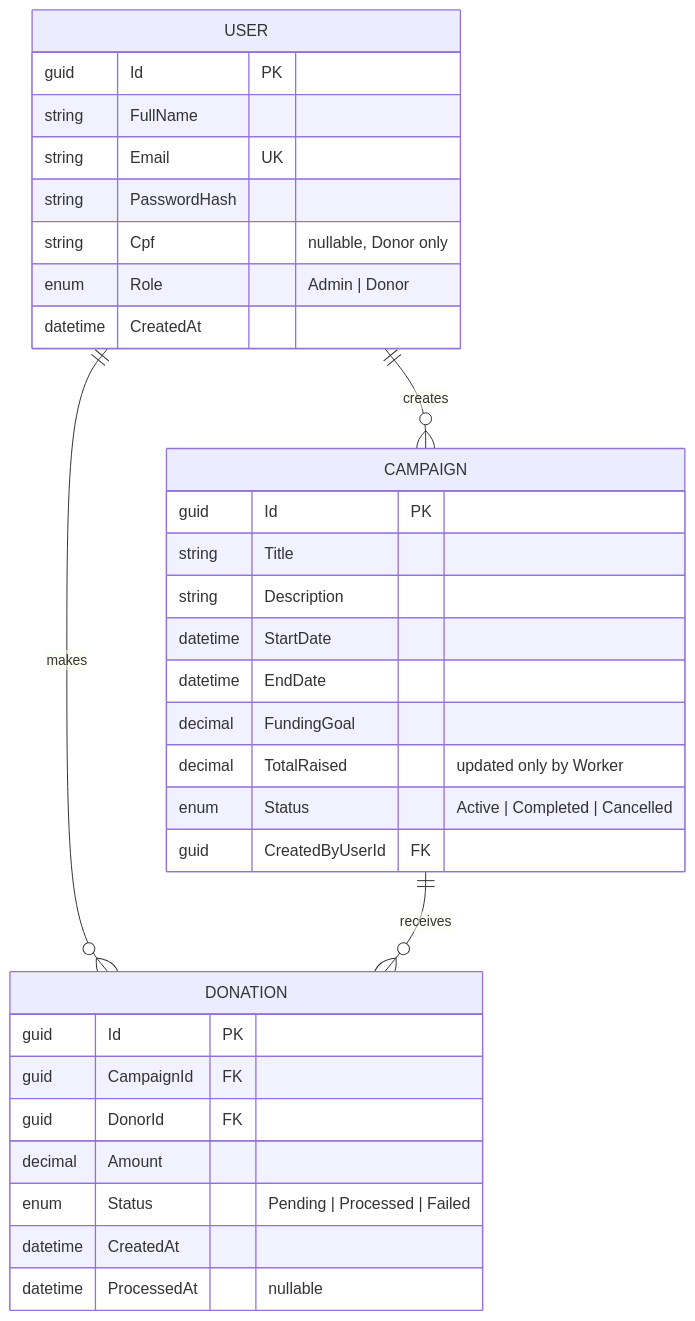
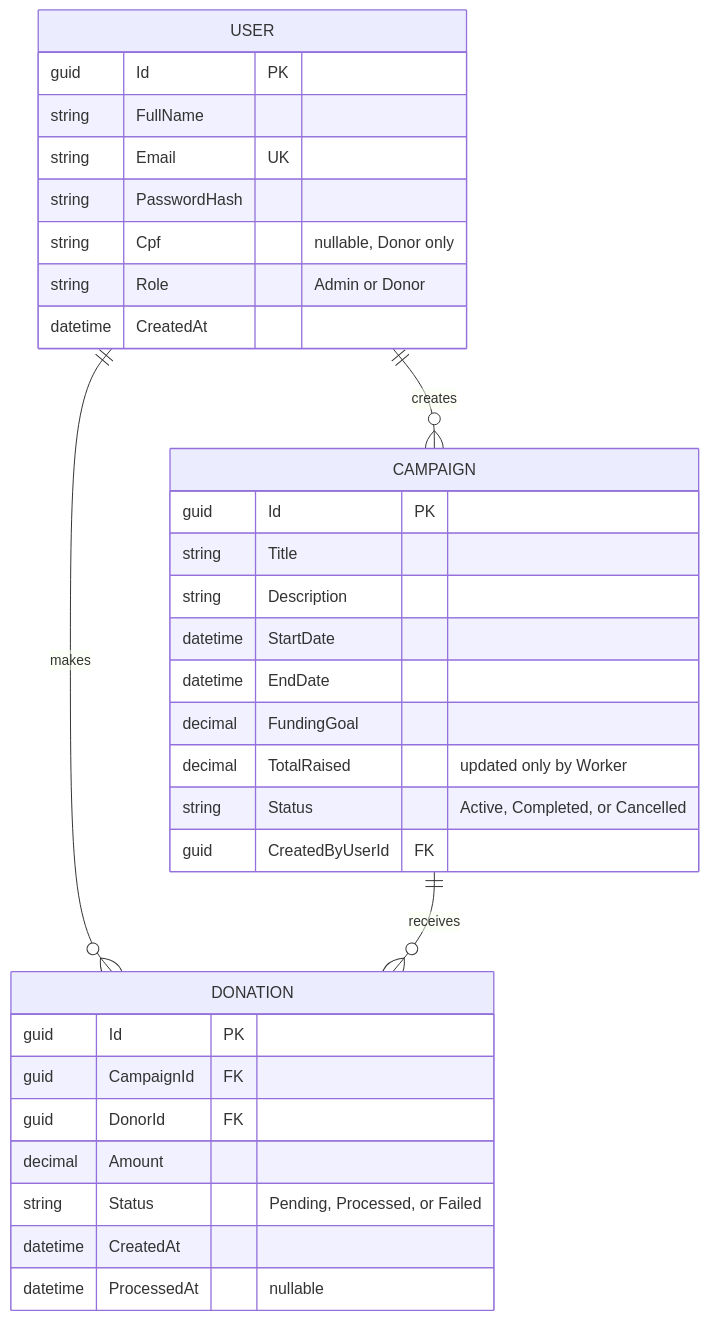
One commit to Mdotta/fiap_hackathon_NETT changed the second of 5 diagrams in docs/architecture.md. Above: the diagram before and after it, drawn with Mermaid. The commit also changed other lines of this file and 1 other file, not shown here.

Commit message:
fix: adjust diagrams

````diff
--- a/docs/architecture.md
+++ b/docs/architecture.md
@@ -41,38 +41,38 @@
 ```mermaid
 erDiagram
     USER ||--o{ CAMPAIGN : creates
     USER ||--o{ DONATION : makes
     CAMPAIGN ||--o{ DONATION : receives
 
     USER {
         guid Id PK
         string FullName
         string Email UK
         string PasswordHash
         string Cpf "nullable, Donor only"
-        enum Role "Admin | Donor"
+        string Role "Admin or Donor"
         datetime CreatedAt
     }
 
     CAMPAIGN {
         guid Id PK
         string Title
         string Description
         datetime StartDate
         datetime EndDate
         decimal FundingGoal
         decimal TotalRaised "updated only by Worker"
-        enum Status "Active | Completed | Cancelled"
+        string Status "Active, Completed, or Cancelled"
         guid CreatedByUserId FK
     }
 
     DONATION {
         guid Id PK
         guid CampaignId FK
         guid DonorId FK
         decimal Amount
-        enum Status "Pending | Processed | Failed"
+        string Status "Pending, Processed, or Failed"
         datetime CreatedAt
         datetime ProcessedAt "nullable"
     }
 ```
````
